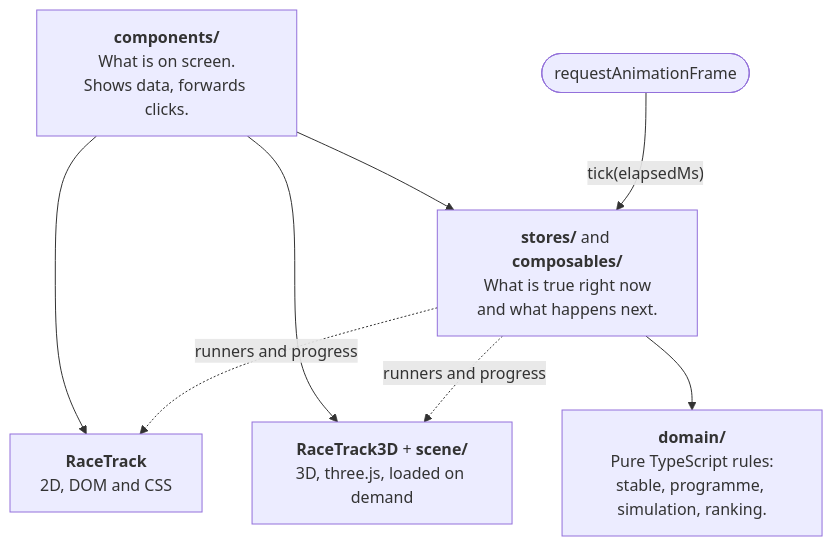
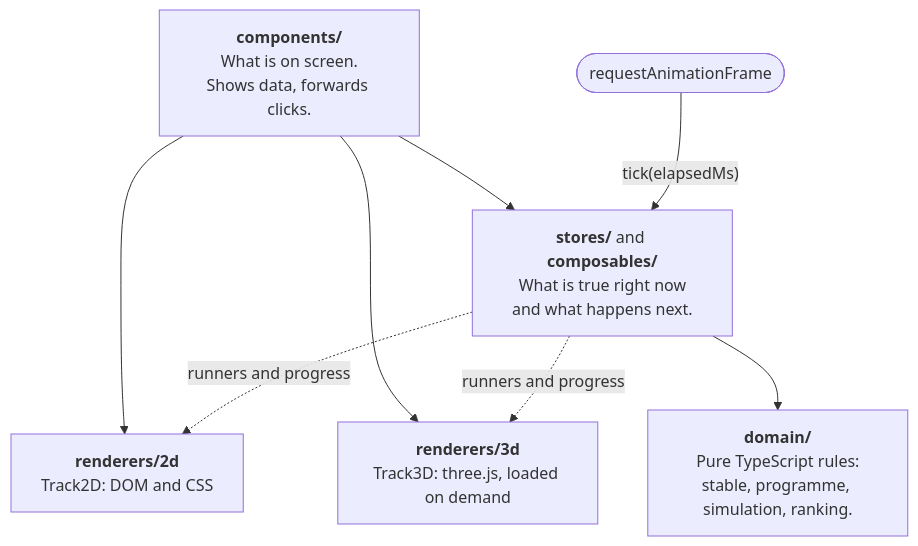
The first of 2 diagrams in README.md (sinemagar/photo-finish), drawn with Mermaid before and after one commit. The commit also changed other lines of this file and 2 other files, not shown here.

````diff
--- a/README.md
+++ b/README.md
@@ -153,16 +153,16 @@
 ```mermaid
 flowchart TD
     UI["<b>components/</b><br/>What is on screen.<br/>Shows data, forwards clicks."]
-    R2["<b>RaceTrack</b><br/>2D, DOM and CSS"]
-    R3["<b>RaceTrack3D</b> + <b>scene/</b><br/>3D, three.js, loaded on demand"]
+    R2["<b>renderers/2d</b><br/>Track2D: DOM and CSS"]
+    R3["<b>renderers/3d</b><br/>Track3D: three.js, loaded on demand"]
     STATE["<b>stores/</b> and <b>composables/</b><br/>What is true right now<br/>and what happens next."]
     DOMAIN["<b>domain/</b><br/>Pure TypeScript rules:<br/>stable, programme, simulation, ranking."]
     CLOCK(["requestAnimationFrame"])
 
     UI --> R2
     UI --> R3
     UI --> STATE --> DOMAIN
     STATE -. "runners and progress" .-> R2
     STATE -. "runners and progress" .-> R3
     CLOCK -- "tick(elapsedMs)" --> STATE
 ```
````
